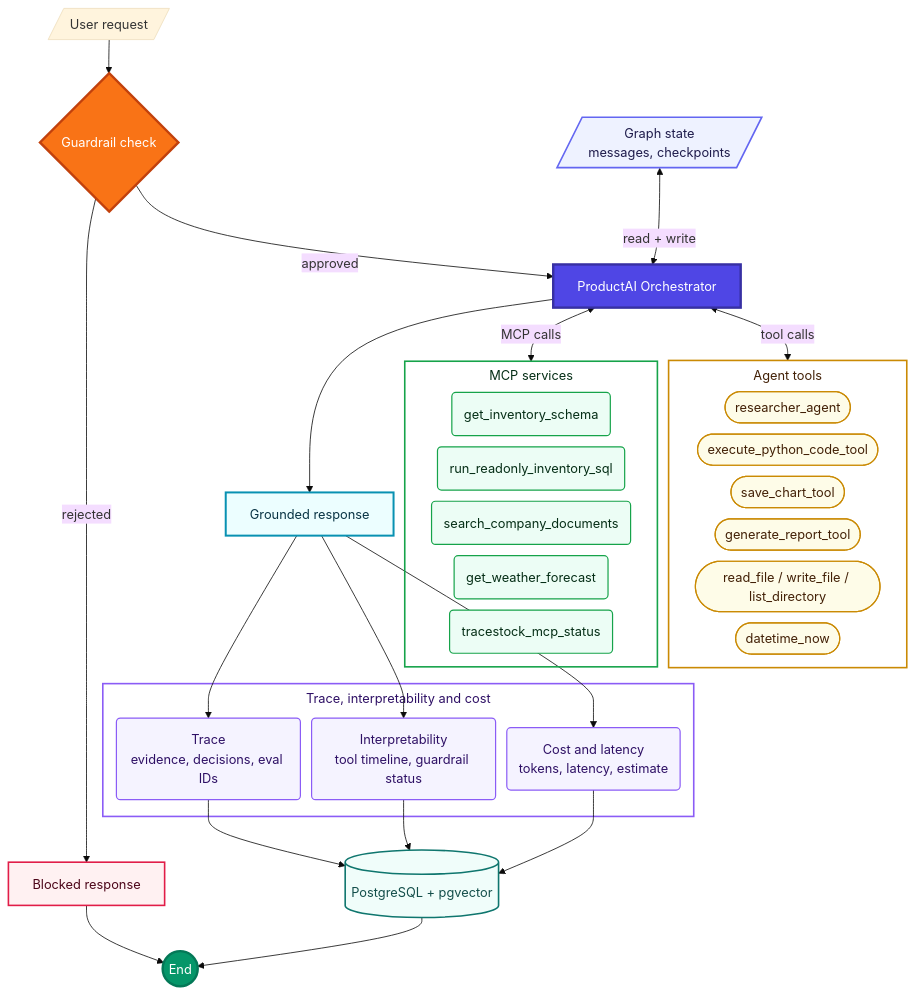
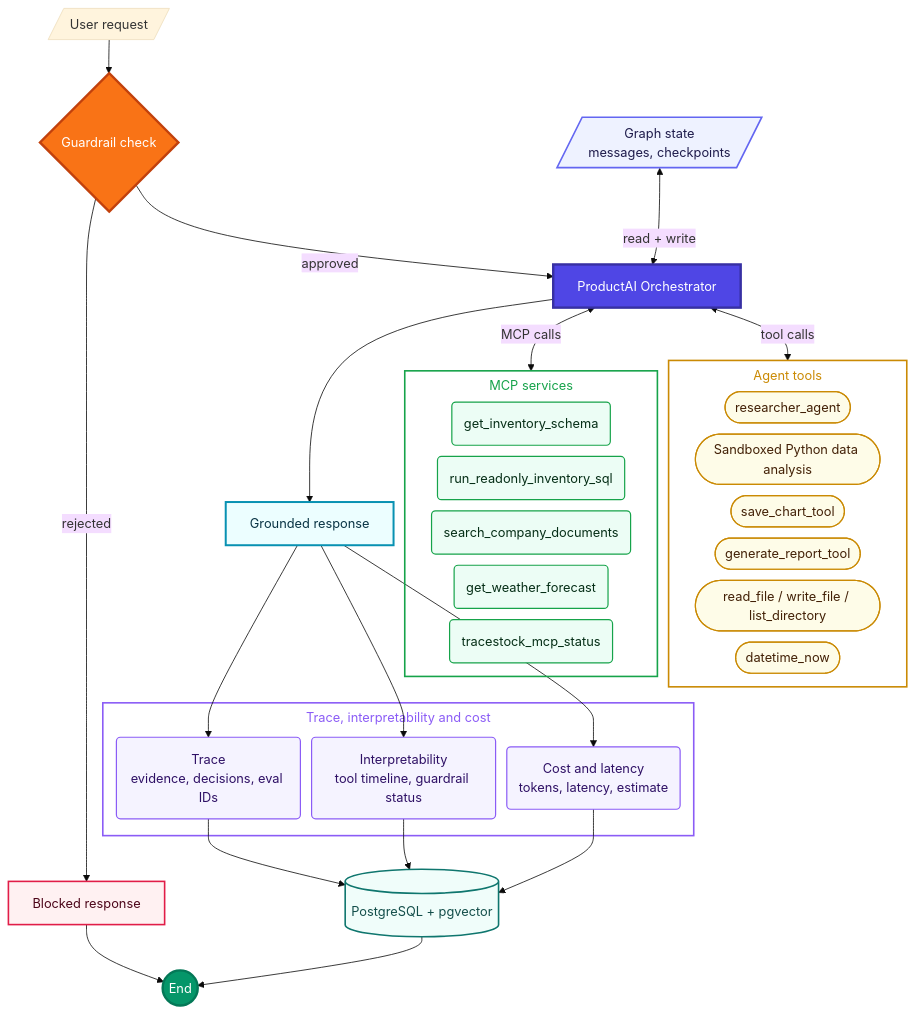
One commit to badhon1512/DevAnalystAgent changed the diagram in frontend/public/generated/productai_agent_full_graph.mmd. Above: the diagram before and after it, drawn with Mermaid (base theme). The commit also changed 3 other files, not shown here.

```diff
--- a/frontend/public/generated/productai_agent_full_graph.mmd
+++ b/frontend/public/generated/productai_agent_full_graph.mmd
@@ -1,60 +1,60 @@
 %%{init: {"flowchart": {"nodeSpacing": 14, "rankSpacing": 42, "subGraphTitleMargin": {"top": 6, "bottom": 16}}}}%%
 flowchart TB
     USER[/User request/] --> GUARD{Guardrail check}
     GUARD -->|rejected| BLOCKED[Blocked response]
     GUARD -->|approved| O[ProductAI Orchestrator]
 
     STATE[/"Graph state<br/>messages, checkpoints"/] <-->|read + write| O
     O <-->|MCP calls| MCP
     O <-->|tool calls| TOOLS
 
     subgraph MCP[MCP services]
         M1("get_inventory_schema"):::mcpNode
         M2("run_readonly_inventory_sql"):::mcpNode
         M3("search_company_documents"):::mcpNode
         M4("get_weather_forecast"):::mcpNode
         M5("tracestock_mcp_status"):::mcpNode
     end
 
     subgraph TOOLS[Agent tools]
         T1(["researcher_agent"]):::toolNode
-        T2(["execute_python_code_tool"]):::toolNode
+        T2(["Sandboxed Python data analysis"]):::toolNode
         T3(["save_chart_tool"]):::toolNode
         T4(["generate_report_tool"]):::toolNode
         T5(["read_file / write_file / list_directory"]):::toolNode
         T6(["datetime_now"]):::toolNode
     end
 
     O --> ANSWER[Grounded response]
 
     subgraph OBS[Trace, interpretability and cost]
         TRACE("Trace<br/>evidence, decisions, eval IDs"):::obsNode
         INTERP("Interpretability<br/>tool timeline, guardrail status"):::obsNode
         COST("Cost and latency<br/>tokens, latency, estimate"):::obsNode
     end
 
     ANSWER --> TRACE
     ANSWER --> INTERP
     ANSWER --> COST
 
     TRACE --> STORE[(PostgreSQL + pgvector)]
     INTERP --> STORE
     COST --> STORE
 
     BLOCKED --> FINISH((End))
     STORE --> FINISH
 
     classDef mcpNode fill:#ECFDF5,stroke:#16A34A,stroke-width:1.5px,color:#052E16
     classDef toolNode fill:#FEFCE8,stroke:#CA8A04,stroke-width:1.5px,color:#422006
     classDef obsNode fill:#F5F3FF,stroke:#8B5CF6,stroke-width:1.5px,color:#2E1065
 
     style GUARD fill:#F97316,color:#ffffff,stroke:#C2410C,stroke-width:3px
     style O fill:#4F46E5,color:#ffffff,stroke:#3730A3,stroke-width:3px
     style STATE fill:#EEF2FF,stroke:#6366F1,stroke-width:2px,color:#1E1B4B
     style ANSWER fill:#ECFEFF,stroke:#0891B2,stroke-width:2.5px,color:#083344
     style BLOCKED fill:#FFF1F2,stroke:#E11D48,stroke-width:2px,color:#4C0519
     style STORE fill:#F0FDFA,stroke:#0F766E,stroke-width:2px,color:#134E4A
     style FINISH fill:#059669,color:#ffffff,stroke:#047857,stroke-width:3px
-    style MCP fill:transparent,stroke:#16A34A,stroke-width:2px,color:#052E16
-    style TOOLS fill:transparent,stroke:#CA8A04,stroke-width:2px,color:#422006
-    style OBS fill:transparent,stroke:#8B5CF6,stroke-width:2px,color:#2E1065
+    style MCP fill:transparent,stroke:#16A34A,stroke-width:2px,color:#16A34A
+    style TOOLS fill:transparent,stroke:#CA8A04,stroke-width:2px,color:#CA8A04
+    style OBS fill:transparent,stroke:#8B5CF6,stroke-width:2px,color:#8B5CF6
```
